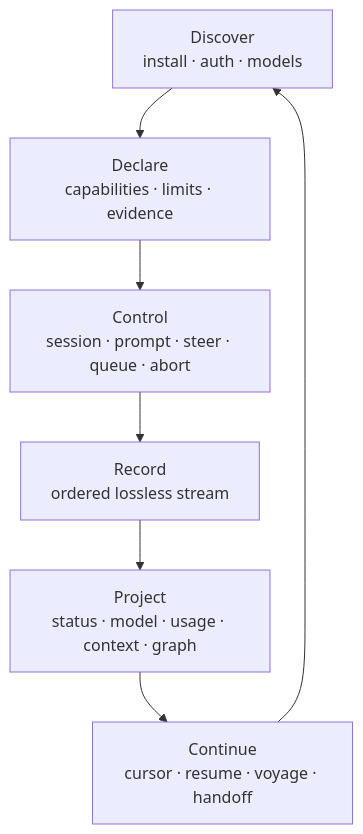
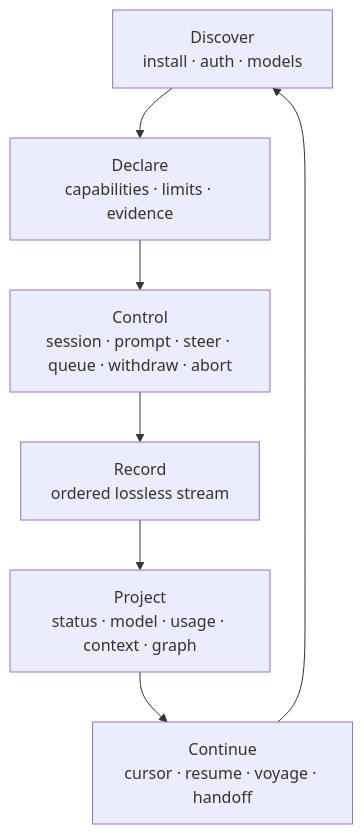
The diagram in docs/design/system.md (botiverse/oar), drawn with Mermaid before and after one commit. The commit also changed other lines of this file and 15 other files, not shown here.

````diff
--- a/docs/design/system.md
+++ b/docs/design/system.md
@@ -16,11 +16,11 @@
 ```mermaid
 flowchart TB
   Discover[Discover<br/>install · auth · models]
   Declare[Declare<br/>capabilities · limits · evidence]
-  Control[Control<br/>session · prompt · steer · queue · abort]
+  Control[Control<br/>session · prompt · steer · queue · withdraw · abort]
   Record[Record<br/>ordered lossless stream]
   Project[Project<br/>status · model · usage · context · graph]
   Continue[Continue<br/>cursor · resume · voyage · handoff]
   Discover --> Declare --> Control --> Record --> Project --> Continue
   Continue --> Discover
 ```
````
